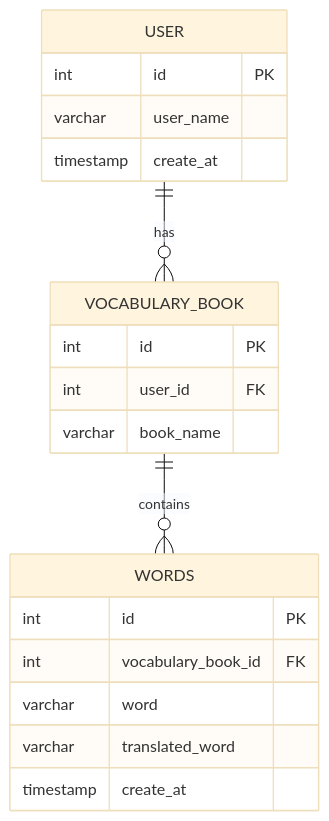
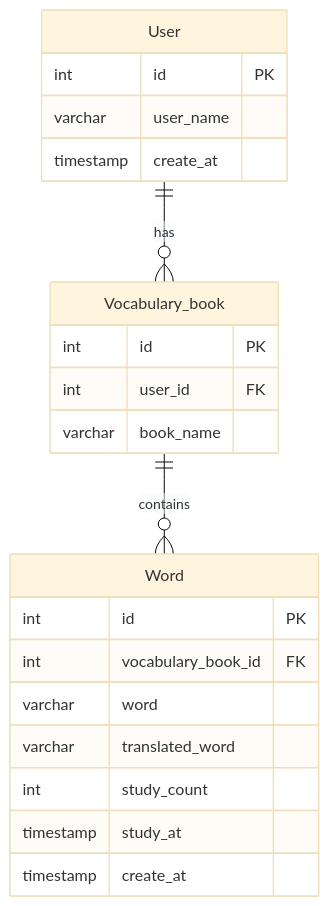
Before and after one commit to hisho-123/my-vocabulary-book: the diagram in backend/README.md, drawn with Mermaid (base theme). The commit also changed other lines of this file and 1 other file, not shown here.

Commit message:
READMEに追記 apiについて、追加 git関連のルールを追加 バックエンドのファイル構成を修正

````diff
--- a/backend/README.md
+++ b/backend/README.md
@@ -22,25 +26,27 @@
 ```mermaid
 erDiagram
-    USER {
+    User {
         int id PK
         varchar user_name
         timestamp create_at
     }
 
-    VOCABULARY_BOOK {
+    Vocabulary_book {
         int id PK
         int user_id FK
         varchar book_name
     }
 
-    WORDS {
+    Word {
         int id PK
         int vocabulary_book_id FK
         varchar word
         varchar translated_word
+        int study_count
+        timestamp study_at
         timestamp create_at
     }
 
-    USER ||--o{ VOCABULARY_BOOK : "has"
-    VOCABULARY_BOOK ||--o{ WORDS : "contains"
+    User ||--o{ Vocabulary_book : "has"
+    Vocabulary_book ||--o{ Word : "contains"
 ```
````
